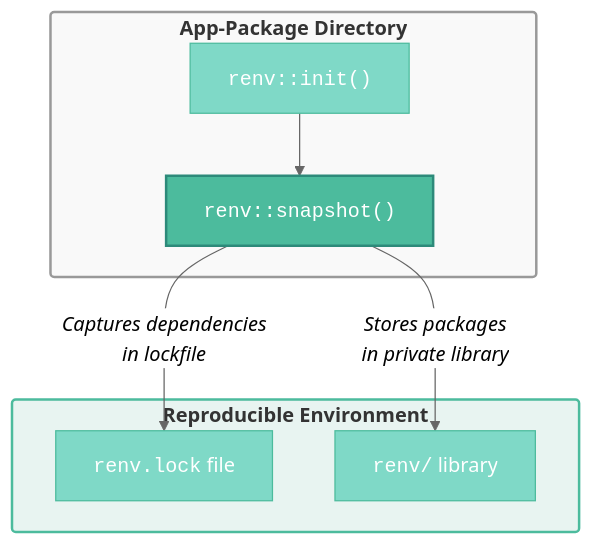
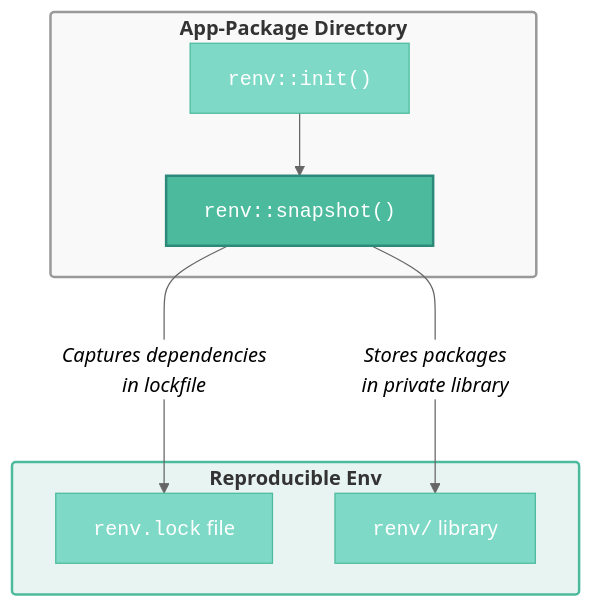
One commit to mjfrigaard/shiny-app-pkgs changed the first of 4 diagrams in dependencies.qmd. Above: the diagram before and after it, drawn with Mermaid. The commit also changed other lines of this file and 16 other files, not shown here.

````diff
--- a/dependencies.qmd
+++ b/dependencies.qmd
@@ -167,24 +165,24 @@
 ```{mermaid}
 %%| fig-cap: 'Project level dependencies with renv'
 %%| fig-align: center
 %%{init: {'theme': 'neutral', 'themeVariables': { 'fontFamily': 'monospace', "fontSize":"16px"}}}%%
 flowchart TD
     subgraph Dir["<strong>App-Package Directory</strong>"]
         Init["<code>renv::init()</code>"]
         Snap["<code>renv::snapshot()</code>"]
     end
-    subgraph RepEnv["<strong>Reproducible Environment</strong>"]
+    subgraph RepEnv["<strong>Reproducible Env</strong>"]
         Lock["<code>renv.lock</code> file"]
         Lib["<code>renv/</code> library"]
     end
     Init --> Snap
-    Snap -->|"<em>Captures dependencies<br>in lockfile</em>"| Lock
-    Snap -->|"<em>Stores packages<br>in private library</em>"| Lib
+    Snap --"<em>Captures dependencies<br>in lockfile</em>"---> Lock
+    Snap --"<em>Stores packages<br>in private library</em>"---> Lib
 
     style Dir fill:#f9f9f9,stroke:#999,stroke-width:2px,rx:3,ry:3
     style RepEnv fill:#e8f4f1,stroke:#4CBB9D,stroke-width:2px,rx:3,ry:3
     style Init fill:#7fd9c7,color:#fff,stroke:#4CBB9D,stroke-width:1px
     style Snap fill:#4CBB9D,color:#fff,stroke:#2d8a7a,stroke-width:2px
     style Lock fill:#7fd9c7,color:#fff,stroke:#4CBB9D,stroke-width:1px
     style Lib fill:#7fd9c7,color:#fff,stroke:#4CBB9D,stroke-width:1px
 ```
````
